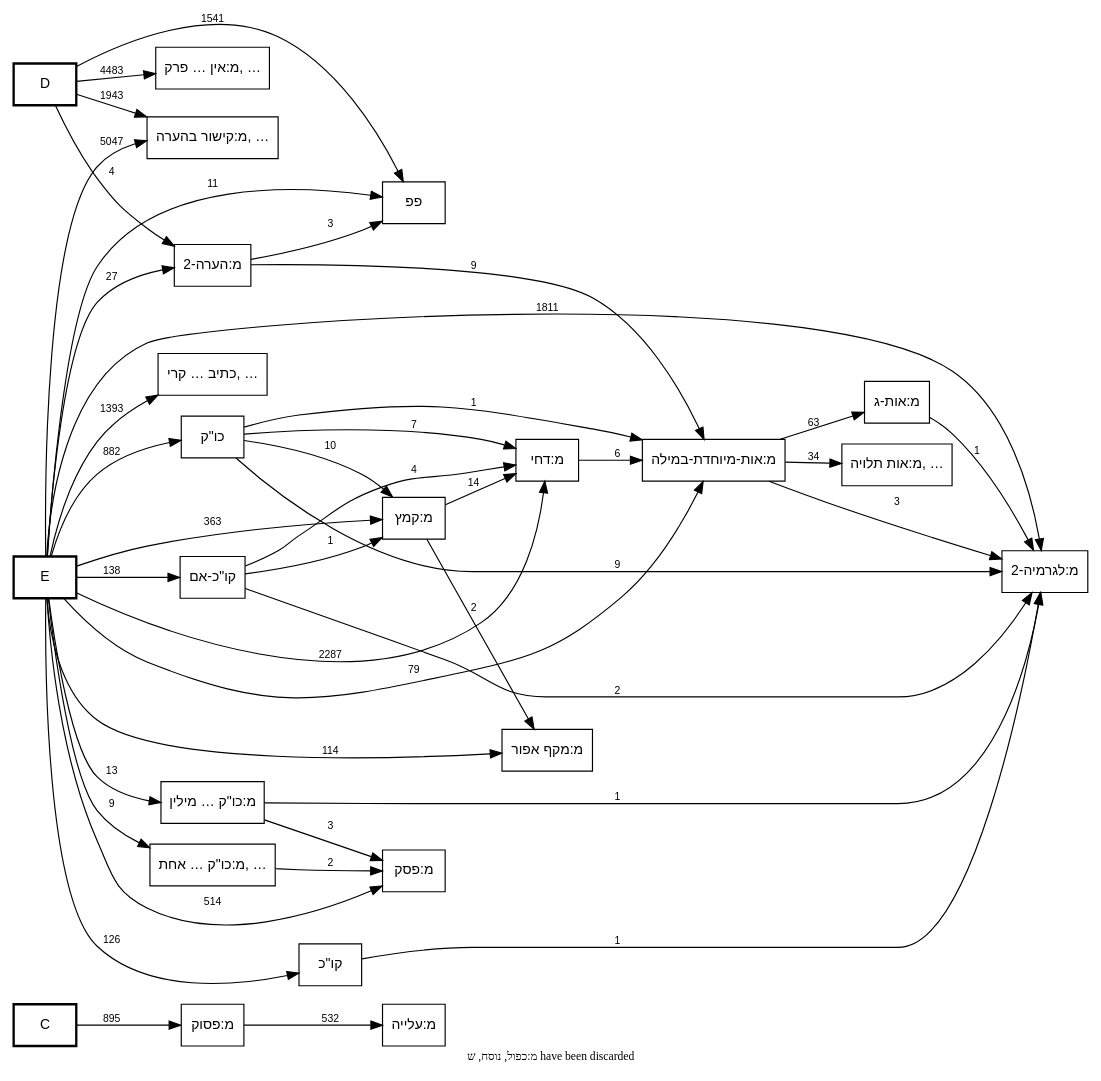
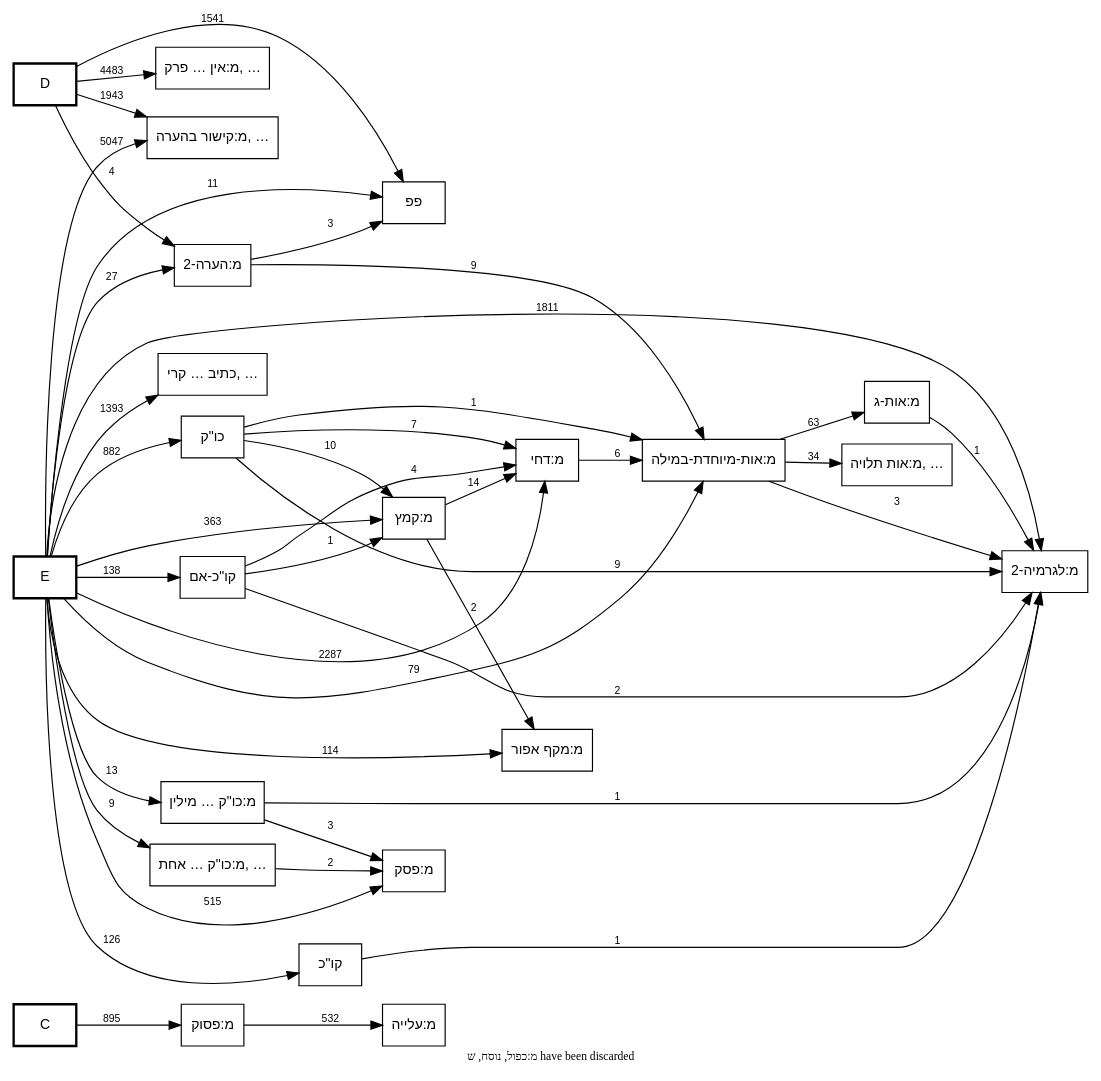
Before and after one commit to bdenckla/MAM-basics: the diagram in out/MAM-tmpl-survey/plus-call-graph.dot, drawn with Graphviz. The commit also changed 13 other files, not shown here.

```diff
--- a/out/MAM-tmpl-survey/plus-call-graph.dot
+++ b/out/MAM-tmpl-survey/plus-call-graph.dot
@@ -1,93 +1,93 @@
 digraph template_call_graph {
     rankdir=LR;
     node [fontname="SBL Hebrew,Helvetica", fontsize=12];
     edge [fontname="Helvetica", fontsize=9];
 
     // Column nodes
     node [shape=box, style=bold];
     "C";
     "D";
     "E";
 
     // Template nodes
     node [shape=box, style=""];
     "כתיב ולא קרי" [label="כתיב … קרי, …", tooltip="כתיב ולא קרי
 מ:כו\"ק בין שני מקפים
 מ:כו\"ק כתיב מילה חדה וקרי תרתין מילין בין שני מקפים
 מ:כו\"ק כתיב תרתין מילין וקרי מילה חדה
 מ:כו\"ק קרי שונה מהכתיב בשתי מילים
 מ:כו\"ק של שלוש מילים בהערה אחת
 מ:נו\"ן הפוכה
 מ:צינור
 מ:קו\"כ קרי שונה מהכתיב בשתי מילים
 מ:קישור פנימי בהערה
 מודגש
 קרי ולא כתיב
 ר0
 ר2
 ר3"];
     "מ:אות תלויה" [label="מ:אות תלויה, …", tooltip="מ:אות תלויה
 מ:אות-ק"];
     "מ:אין פרשה בתחילת פרק" [label="מ:אין … פרק, …", tooltip="מ:אין פרשה בתחילת פרק
 מ:אין פרשה בתחילת פרק בספרי אמ\"ת
 מ:אין רווח של פרשה בתחילת פרשת השבוע
 מ:ספר חדש
 מ:רווח בתרי עשר בפסוק הראשון
 מ:רווח לספר בתהלים בפסוק הראשון
 ר4"];
     "מ:כו\"ק כתיב מילה חדה וקרי תרתין מילין" [label="מ:כו\"ק … מילין", tooltip="מ:כו\"ק כתיב מילה חדה וקרי תרתין מילין"];
     "מ:כו\"ק של שתי מילים בהערה אחת" [label="מ:כו\"ק … אחת, …", tooltip="מ:כו\"ק של שתי מילים בהערה אחת
 מ:קו\"כ כתיב מילה חדה וקרי תרתין מילין"];
     "מ:קישור בהערה" [label="מ:קישור בהערה, …", tooltip="מ:קישור בהערה
 מ:ששש
 סס
 ססס
 פפפ
 ר1"];
 
     // Note
     graph [label="מ:כפול, נוסח, ש have been discarded", labelloc=b, fontsize=10];
 
     // Edges
     "C" -> "מ:פסוק" [label="895"];
     "D" -> "מ:אין פרשה בתחילת פרק" [label="4483"];
     "D" -> "מ:הערה-2" [label="4"];
     "D" -> "מ:קישור בהערה" [label="1943"];
     "D" -> "פפ" [label="1541"];
     "E" -> "כו\"ק" [label="882"];
     "E" -> "כתיב ולא קרי" [label="1393"];
     "E" -> "מ:אות-מיוחדת-במילה" [label="79"];
     "E" -> "מ:דחי" [label="2287"];
     "E" -> "מ:הערה-2" [label="27"];
     "E" -> "מ:כו\"ק כתיב מילה חדה וקרי תרתין מילין" [label="13"];
     "E" -> "מ:כו\"ק של שתי מילים בהערה אחת" [label="9"];
     "E" -> "מ:לגרמיה-2" [label="1811"];
     "E" -> "מ:מקף אפור" [label="114"];
-    "E" -> "מ:פסק" [label="514"];
+    "E" -> "מ:פסק" [label="515"];
     "E" -> "מ:קישור בהערה" [label="5047"];
     "E" -> "מ:קמץ" [label="363"];
     "E" -> "פפ" [label="11"];
     "E" -> "קו\"כ" [label="126"];
     "E" -> "קו\"כ-אם" [label="138"];
     "כו\"ק" -> "מ:אות-מיוחדת-במילה" [label="1"];
     "כו\"ק" -> "מ:דחי" [label="7"];
     "כו\"ק" -> "מ:לגרמיה-2" [label="9"];
     "כו\"ק" -> "מ:קמץ" [label="10"];
     "מ:אות-ג" -> "מ:לגרמיה-2" [label="1"];
     "מ:אות-מיוחדת-במילה" -> "מ:אות תלויה" [label="34"];
     "מ:אות-מיוחדת-במילה" -> "מ:אות-ג" [label="63"];
     "מ:אות-מיוחדת-במילה" -> "מ:לגרמיה-2" [label="3"];
     "מ:דחי" -> "מ:אות-מיוחדת-במילה" [label="6"];
     "מ:הערה-2" -> "מ:אות-מיוחדת-במילה" [label="9"];
     "מ:הערה-2" -> "פפ" [label="3"];
     "מ:כו\"ק כתיב מילה חדה וקרי תרתין מילין" -> "מ:לגרמיה-2" [label="1"];
     "מ:כו\"ק כתיב מילה חדה וקרי תרתין מילין" -> "מ:פסק" [label="3"];
     "מ:כו\"ק של שתי מילים בהערה אחת" -> "מ:פסק" [label="2"];
     "מ:פסוק" -> "מ:עלייה" [label="532"];
     "מ:קמץ" -> "מ:דחי" [label="14"];
     "מ:קמץ" -> "מ:מקף אפור" [label="2"];
     "קו\"כ" -> "מ:לגרמיה-2" [label="1"];
     "קו\"כ-אם" -> "מ:דחי" [label="4"];
     "קו\"כ-אם" -> "מ:לגרמיה-2" [label="2"];
     "קו\"כ-אם" -> "מ:קמץ" [label="1"];
 }
```
